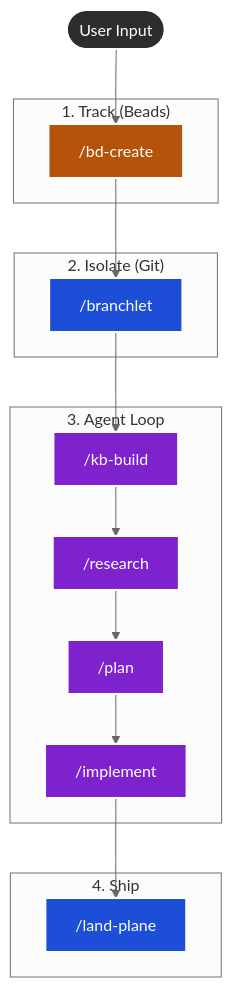
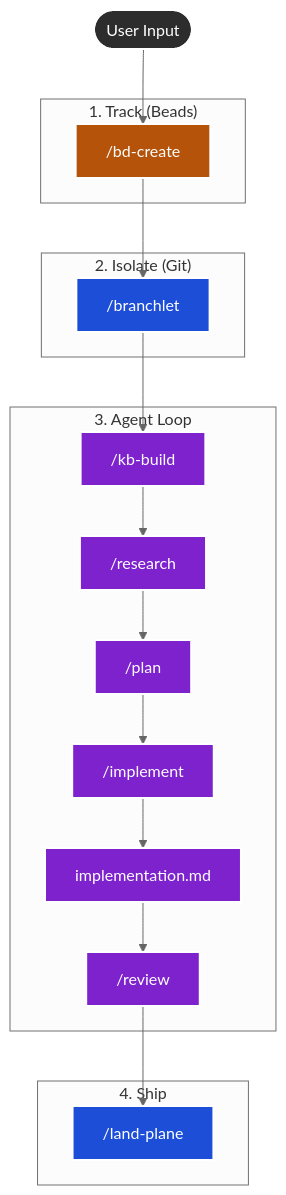
One commit to jveko/amp-maestro changed the diagram in README.md. Above: the diagram before and after it, drawn with Mermaid (neutral theme). The commit also changed other lines of this file and 18 other files, not shown here.

````diff
--- a/README.md
+++ b/README.md
@@ -20,32 +20,34 @@
 ```mermaid
 graph TD
     %% Styling for Dark Mode / High Contrast
     classDef default fill:#2d2d2d,stroke:#fff,stroke-width:2px,color:#fff;
     classDef bead fill:#b45309,stroke:#fff,stroke-width:2px,color:#fff; %% Orange/Brown
     classDef git fill:#1d4ed8,stroke:#fff,stroke-width:2px,color:#fff; %% Blue
     classDef amp fill:#7e22ce,stroke:#fff,stroke-width:2px,color:#fff; %% Purple
 
     New([User Input]) --> Create
     
     subgraph "1. Track (Beads)"
         Create["/bd-create"]:::bead
     end
 
     subgraph "2. Isolate (Git)"
         Worktree["/branchlet"]:::git
     end
 
     subgraph "3. Agent Loop"
         KB["/kb-build"]:::amp --> Research["/research"]:::amp
         Research --> Plan["/plan"]:::amp
         Plan --> Implement["/implement"]:::amp
+        Implement --> Log["implementation.md"]:::amp
+        Log --> Review["/review"]:::amp
     end
     
     subgraph "4. Ship"
         Land["/land-plane"]:::git
     end
 
     Create --> Worktree
     Worktree --> KB
-    Implement --> Land
+    Review --> Land
 ```
````
